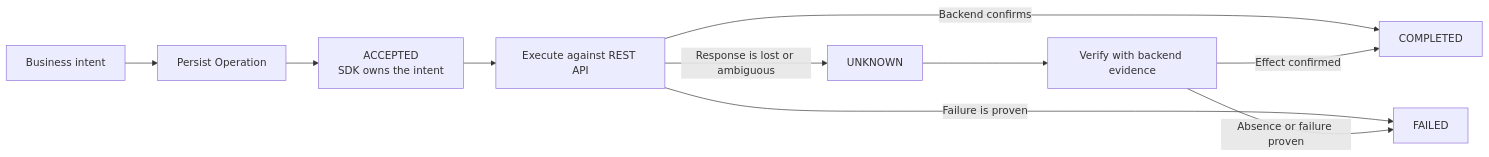
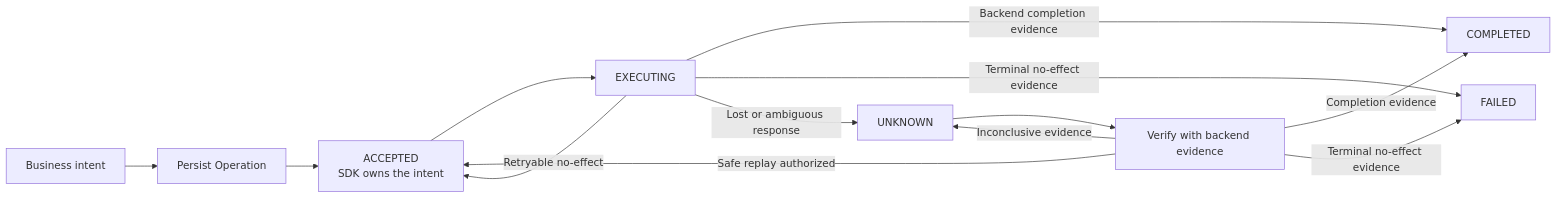
The diagram in README.md (florextech/mobile-operation-reliability), drawn with Mermaid before and after one commit. The commit also changed 1 other file, not shown here.

Commit message:
fix: correct lifecycle diagram and sonar CI permissions

````diff
--- a/README.md
+++ b/README.md
@@ -26,12 +26,15 @@
 ```mermaid
 flowchart LR
   I[Business intent] --> P[Persist Operation]
-  P --> A[ACCEPTED\nSDK owns the intent]
-  A --> X[Execute against REST API]
-  X -->|Backend confirms| C[COMPLETED]
-  X -->|Failure is proven| F[FAILED]
-  X -->|Response is lost or ambiguous| U[UNKNOWN]
+  P --> A["ACCEPTED<br/>SDK owns the intent"]
+  A --> E[EXECUTING]
+  E -->|Backend completion evidence| C[COMPLETED]
+  E -->|Terminal no-effect evidence| F[FAILED]
+  E -->|Lost or ambiguous response| U[UNKNOWN]
+  E -->|Retryable no-effect| A
   U --> V[Verify with backend evidence]
-  V -->|Effect confirmed| C
-  V -->|Absence or failure proven| F
+  V -->|Completion evidence| C
+  V -->|Terminal no-effect evidence| F
+  V -->|Safe replay authorized| A
+  V -->|Inconclusive evidence| U
 ```
````
